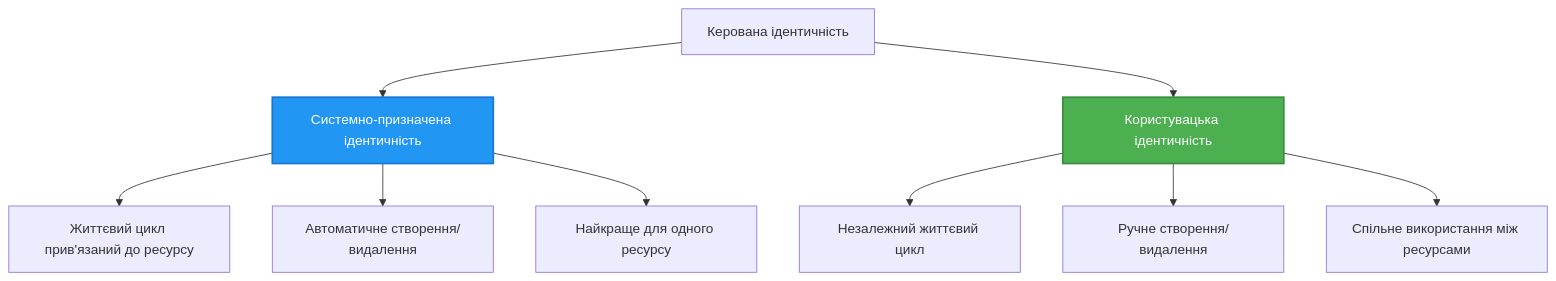
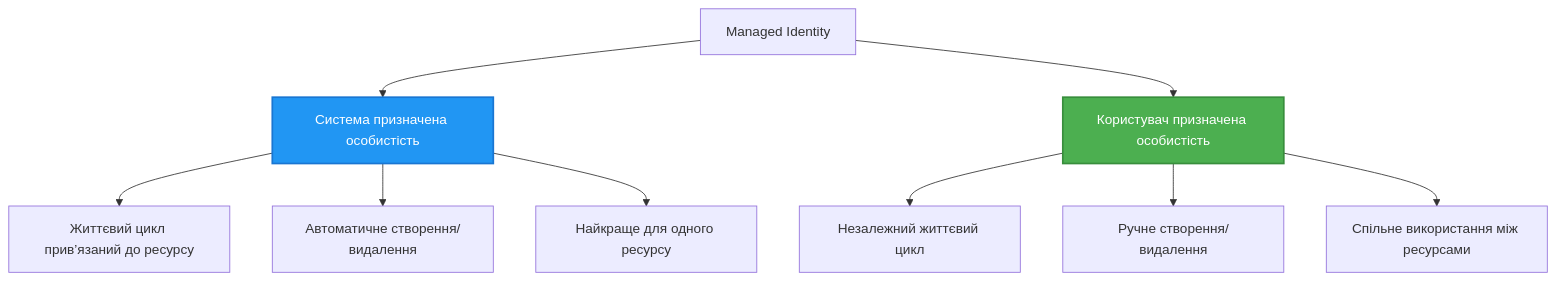
The second of 2 diagrams in translations/uk/docs/chapter-03-configuration/authsecurity.md (microsoft/AZD-for-beginners), drawn with Mermaid before and after one commit. The commit also changed other lines of this file and 101 other files, not shown here.

````diff
--- a/translations/uk/docs/chapter-03-configuration/authsecurity.md
+++ b/translations/uk/docs/chapter-03-configuration/authsecurity.md
@@ -97,20 +97,20 @@
 ```mermaid
 graph TB
-    MI[Керована ідентичність]
-    SystemAssigned[Системно-призначена ідентичність]
-    UserAssigned[Користувацька ідентичність]
+    MI[Managed Identity]
+    SystemAssigned[Система призначена особистість]
+    UserAssigned[Користувач призначена особистість]
     
     MI --> SystemAssigned
     MI --> UserAssigned
     
-    SystemAssigned --> SA1[Життєвий цикл прив'язаний до ресурсу]
+    SystemAssigned --> SA1[Життєвий цикл прив’язаний до ресурсу]
     SystemAssigned --> SA2[Автоматичне створення/видалення]
     SystemAssigned --> SA3[Найкраще для одного ресурсу]
     
     UserAssigned --> UA1[Незалежний життєвий цикл]
     UserAssigned --> UA2[Ручне створення/видалення]
     UserAssigned --> UA3[Спільне використання між ресурсами]
     
     style SystemAssigned fill:#2196F3,stroke:#1976D2,stroke-width:2px,color:#fff
     style UserAssigned fill:#4CAF50,stroke:#388E3C,stroke-width:2px,color:#fff
 ```
````
